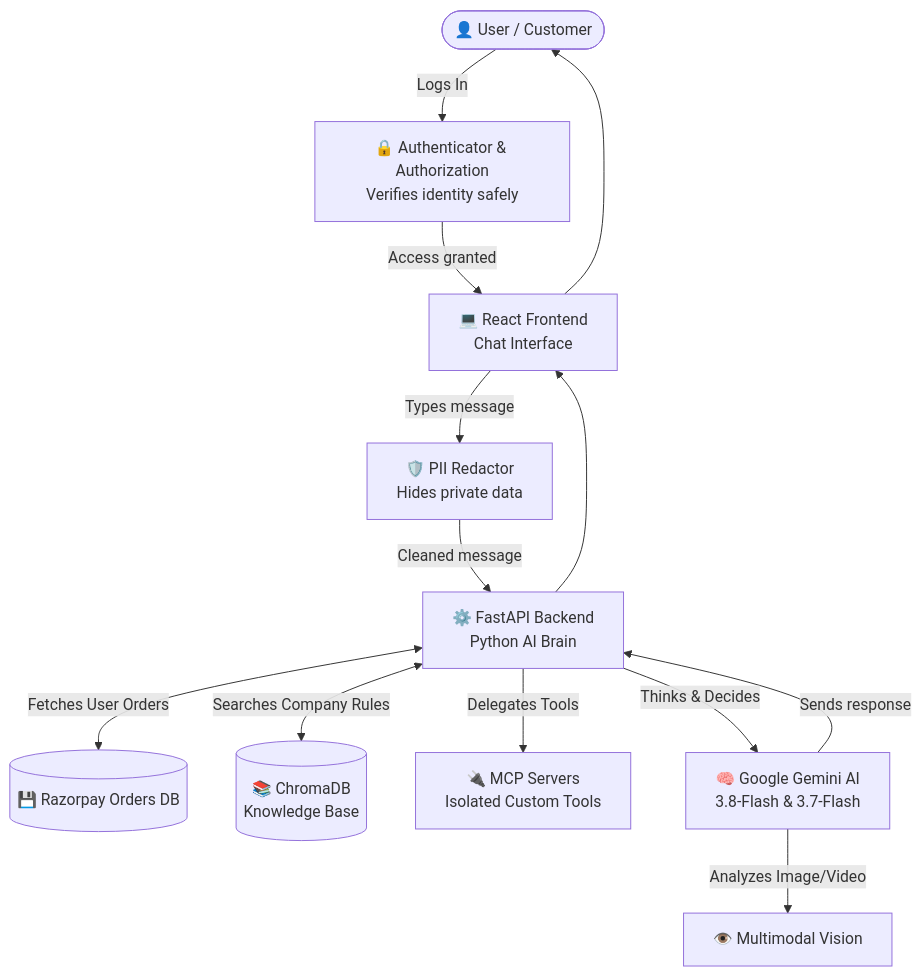
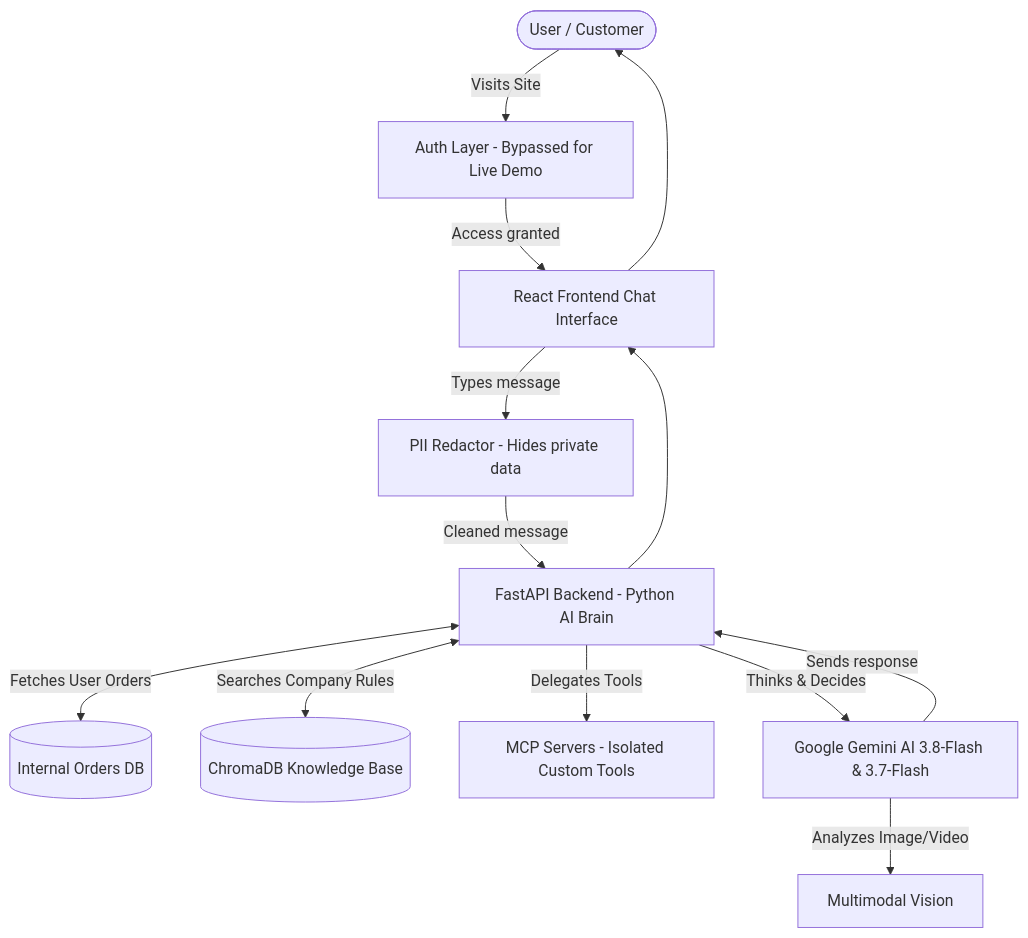
The diagram in README.md (sanjaykrishnabaishya/RazorSense), drawn with Mermaid before and after one commit. The commit also changed other lines of this file, not shown here.

Commit message:
docs: fix markdown parsing errors, remove emojis from mermaid, and clarify auth bypass for live demo

````diff
--- a/README.md
+++ b/README.md
@@ -58,18 +58,18 @@
 ```mermaid
 flowchart TD
-    User([👤 User / Customer]) -->|Logs In| Auth[🔒 Authenticator & Authorization\nVerifies identity safely]
-    Auth -->|Access granted| Frontend[💻 React Frontend\nChat Interface]
-    Frontend -->|Types message| PII[🛡️ PII Redactor\nHides private data]
-    PII -->|Cleaned message| Backend[⚙️ FastAPI Backend\nPython AI Brain]
+    User([User / Customer]) -->|Visits Site| Auth[Auth Layer - Bypassed for Live Demo]
+    Auth -->|Access granted| Frontend[React Frontend Chat Interface]
+    Frontend -->|Types message| PII[PII Redactor - Hides private data]
+    PII -->|Cleaned message| Backend[FastAPI Backend - Python AI Brain]
     
-    Backend <-->|Fetches User Orders| Database[(💾 Razorpay Orders DB)]
-    Backend <-->|Searches Company Rules| VectorDB[(📚 ChromaDB\nKnowledge Base)]
+    Backend <-->|Fetches User Orders| Database[(Internal Orders DB)]
+    Backend <-->|Searches Company Rules| VectorDB[(ChromaDB Knowledge Base)]
     
-    Backend -->|Delegates Tools| MCP[🔌 MCP Servers\nIsolated Custom Tools]
-    Backend -->|Thinks & Decides| LLM[🧠 Google Gemini AI\n3.8-Flash & 3.7-Flash]
+    Backend -->|Delegates Tools| MCP[MCP Servers - Isolated Custom Tools]
+    Backend -->|Thinks & Decides| LLM[Google Gemini AI 3.8-Flash & 3.7-Flash]
     
-    LLM -->|Analyzes Image/Video| Multimodal[👁️ Multimodal Vision]
+    LLM -->|Analyzes Image/Video| Multimodal[Multimodal Vision]
     LLM -->|Sends response| Backend
     Backend --> Frontend
     Frontend --> User
 ```
````
